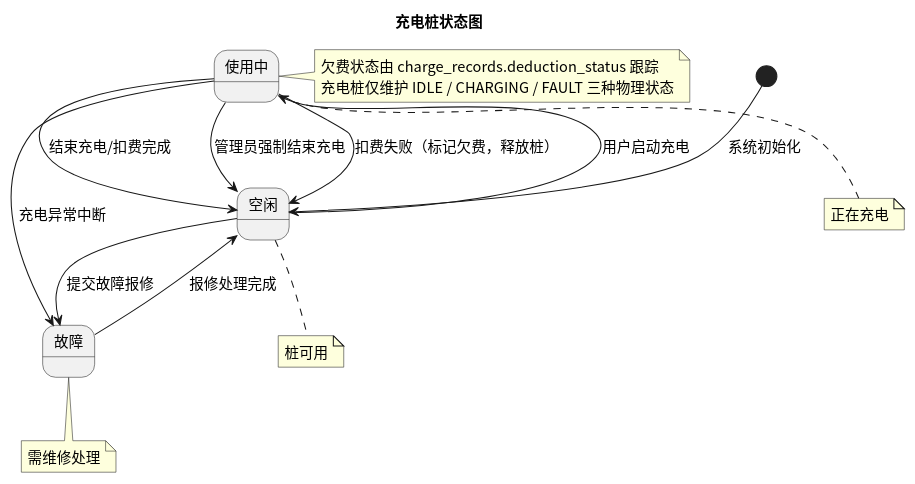
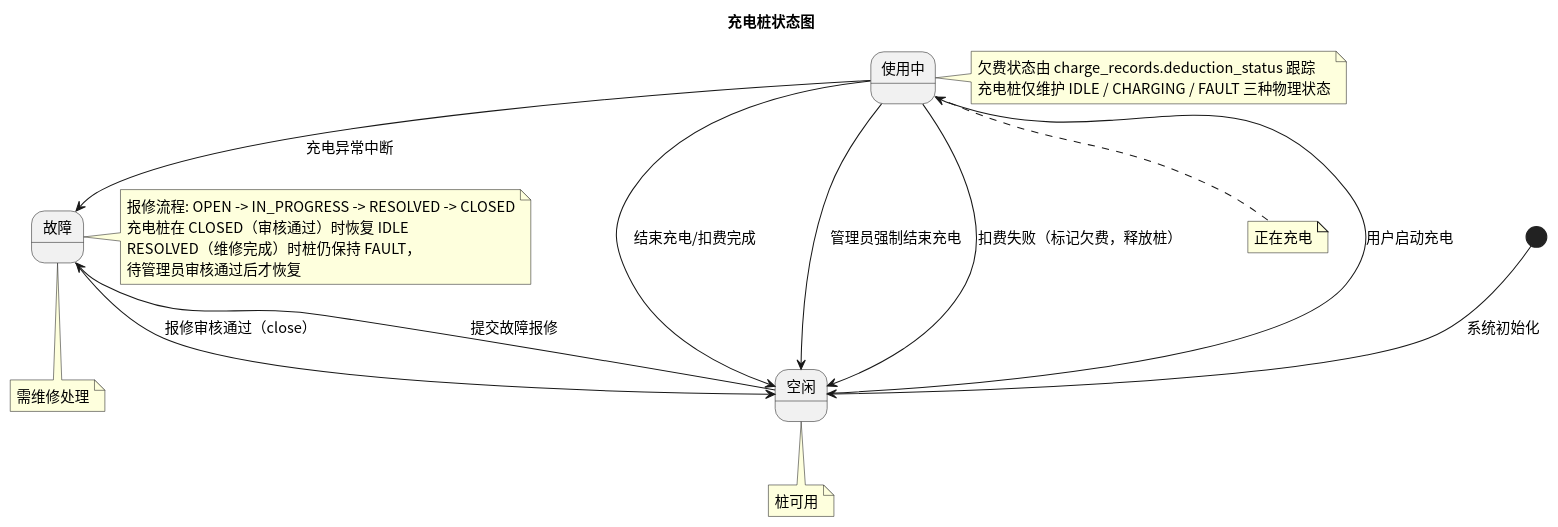
One commit to greenhandzdl/charging-station-doc changed the diagram in status/src/state_charger.puml. Above: the diagram before and after it, drawn with PlantUML. The commit also changed 24 other files, not shown here.

First line of the commit message:
fix: 架构与安全第二轮评估修复 — 类图权限补充、审计日志字段统一、状态图/活动图/用例图修复

```diff
--- a/status/src/state_charger.puml
+++ b/status/src/state_charger.puml
@@ -1,24 +1,26 @@
 @startuml
 skinparam defaultFontName "Noto Sans CJK SC"
 skinparam defaultFontSize 14
 title 充电桩状态图
 
 state "空闲" as IDLE
 state "使用中" as CHARGING
 state "故障" as FAULT
 
 [*] --> IDLE : 系统初始化
 IDLE --> CHARGING : 用户启动充电
 CHARGING --> IDLE : 结束充电/扣费完成
 CHARGING --> IDLE : 管理员强制结束充电
 CHARGING --> FAULT : 充电异常中断
 	CHARGING --> IDLE : 扣费失败（标记欠费，释放桩）
 IDLE --> FAULT : 提交故障报修
-FAULT --> IDLE : 报修处理完成
+FAULT --> IDLE : 报修审核通过（close）
 
 note bottom of IDLE : 桩可用
 note bottom of CHARGING : 正在充电
 note bottom of FAULT : 需维修处理
 
 note right of CHARGING : 欠费状态由 charge_records.deduction_status 跟踪\n充电桩仅维护 IDLE / CHARGING / FAULT 三种物理状态
+
+note right of FAULT : 报修流程: OPEN -> IN_PROGRESS -> RESOLVED -> CLOSED\n充电桩在 CLOSED（审核通过）时恢复 IDLE\nRESOLVED（维修完成）时桩仍保持 FAULT，\n待管理员审核通过后才恢复
 @enduml
```
